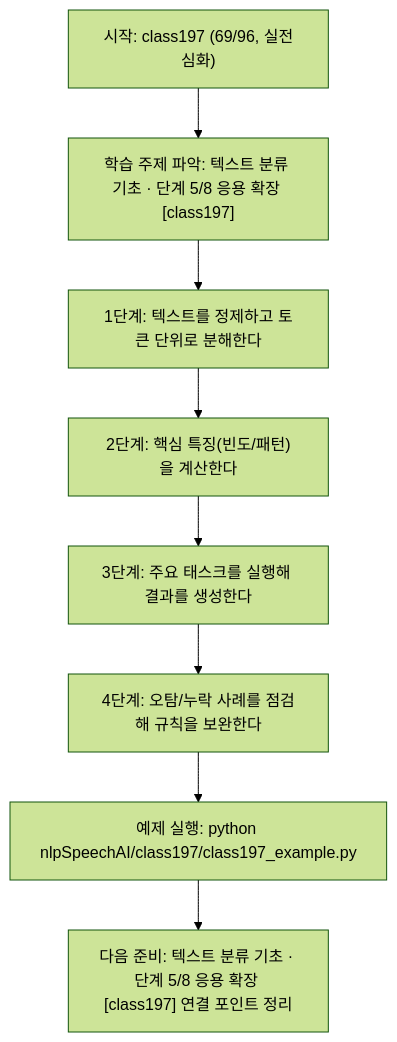
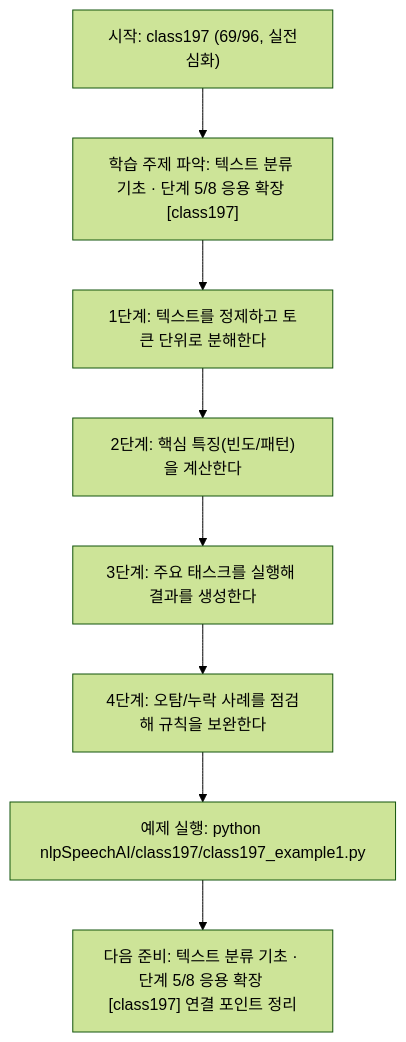
The diagram in nlpSpeechAI/class197/class197.md (edumgt/Python-AI_Agent-Class), drawn with Mermaid (forest theme) before and after one commit. The commit also changed other lines of this file and 2959 other files, not shown here.

````diff
--- a/nlpSpeechAI/class197/class197.md
+++ b/nlpSpeechAI/class197/class197.md
@@ -114,18 +114,18 @@
 ```mermaid
 flowchart TD
 N1["시작: class197 (69/96, 실전심화)"]
 N2["학습 주제 파악: 텍스트 분류 기초 · 단계 5/8 응용 확장 [class197]"]
 N3["1단계: 텍스트를 정제하고 토큰 단위로 분해한다"]
 N4["2단계: 핵심 특징(빈도/패턴)을 계산한다"]
 N5["3단계: 주요 태스크를 실행해 결과를 생성한다"]
 N6["4단계: 오탐/누락 사례를 점검해 규칙을 보완한다"]
-N7["예제 실행: python nlpSpeechAI/class197/class197_example.py"]
+N7["예제 실행: python nlpSpeechAI/class197/class197_example1.py"]
 N8["다음 준비: 텍스트 분류 기초 · 단계 5/8 응용 확장 [class197] 연결 포인트 정리"]
 N1 --> N2
 N2 --> N3
 N3 --> N4
 N4 --> N5
 N5 --> N6
 N6 --> N7
 N7 --> N8
 ```
````
